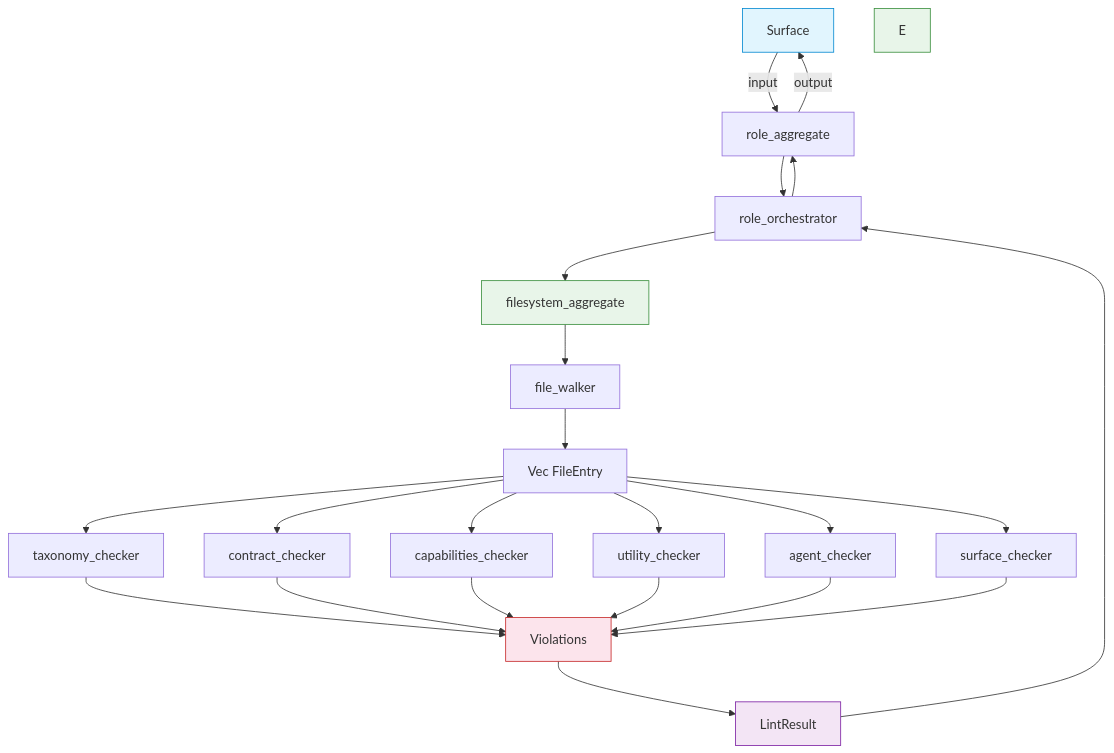
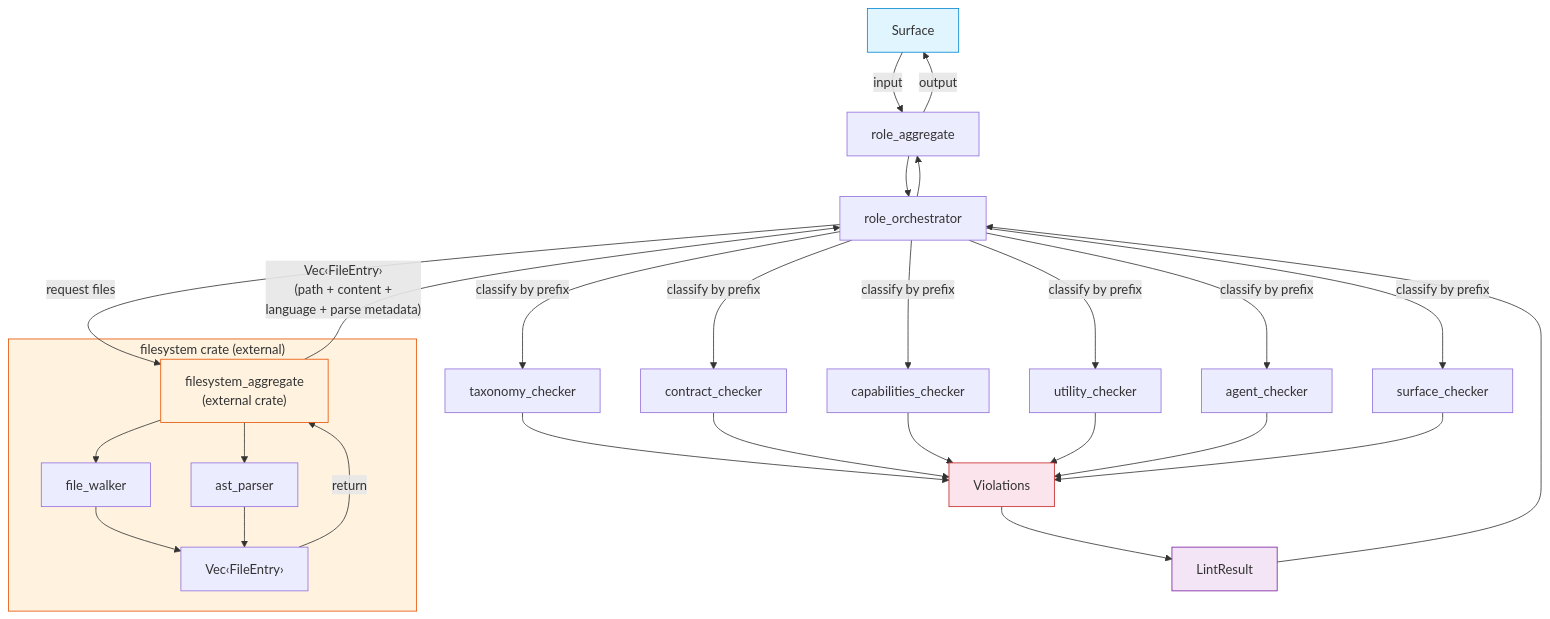
The diagram in crates/role-rules/FRD.md (rakaarwaky/lint-arwaky), drawn with Mermaid before and after one commit. The commit also changed other lines of this file and 2 other files, not shown here.

Commit message:
docs: update FRD for role-rules v1.1.0 to reflect external filesystem dependency and refined classification logic

````diff
--- a/crates/role-rules/FRD.md
+++ b/crates/role-rules/FRD.md
@@ -9,30 +15,41 @@
 ```mermaid
 flowchart TD
     A["Surface"] -->|input| B["role_aggregate"]
     B --> C["role_orchestrator"]
-    C --> D["filesystem_aggregate"]
-    D --> E1["file_walker"]
-    E1 --> G1["Vec FileEntry"]
-    G1 --> H1["taxonomy_checker"]
-    G1 --> H2["contract_checker"]
-    G1 --> H3["capabilities_checker"]
-    G1 --> H4["utility_checker"]
-    G1 --> H5["agent_checker"]
-    G1 --> H6["surface_checker"]
+
+    C -->|"request files"| D["filesystem_aggregate\n(external crate)"]
+
+    subgraph FS ["filesystem crate (external)"]
+        D --> E1["file_walker"]
+        D --> E2["ast_parser"]
+        E1 --> G1["Vec‹FileEntry›"]
+        E2 --> G1
+    end
+
+    G1 -->|"return"| D
+    D -->|"Vec‹FileEntry›\n(path + content +\nlanguage + parse metadata)"| C
+
+    C -->|"classify by prefix"| H1["taxonomy_checker"]
+    C -->|"classify by prefix"| H2["contract_checker"]
+    C -->|"classify by prefix"| H3["capabilities_checker"]
+    C -->|"classify by prefix"| H4["utility_checker"]
+    C -->|"classify by prefix"| H5["agent_checker"]
+    C -->|"classify by prefix"| H6["surface_checker"]
+
     H1 --> I["Violations"]
     H2 --> I
     H3 --> I
     H4 --> I
     H5 --> I
     H6 --> I
     I --> J["LintResult"]
     J --> C
     C --> B
     B -->|output| A
 
     style A fill:#e1f5fe,stroke:#0288d1
-    style D fill:#e8f5e9,stroke:#388e3c
-    style E fill:#e8f5e9,stroke:#388e3c
+    style FS fill:#fff3e0,stroke:#e65100
+    style D fill:#fff3e0,stroke:#e65100
     style I fill:#fce4ec,stroke:#c62828
     style J fill:#f3e5f5,stroke:#7b1fa2
 ```
````
